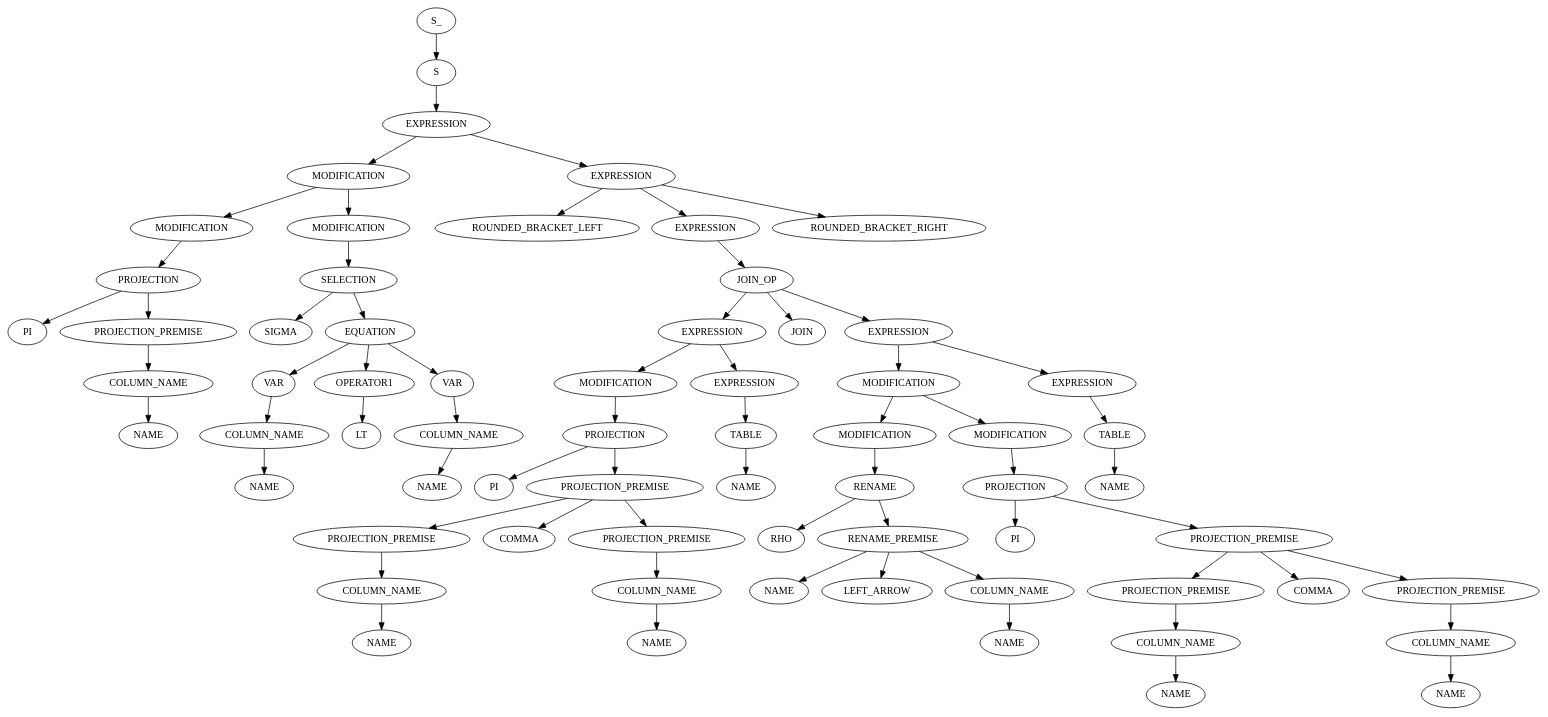
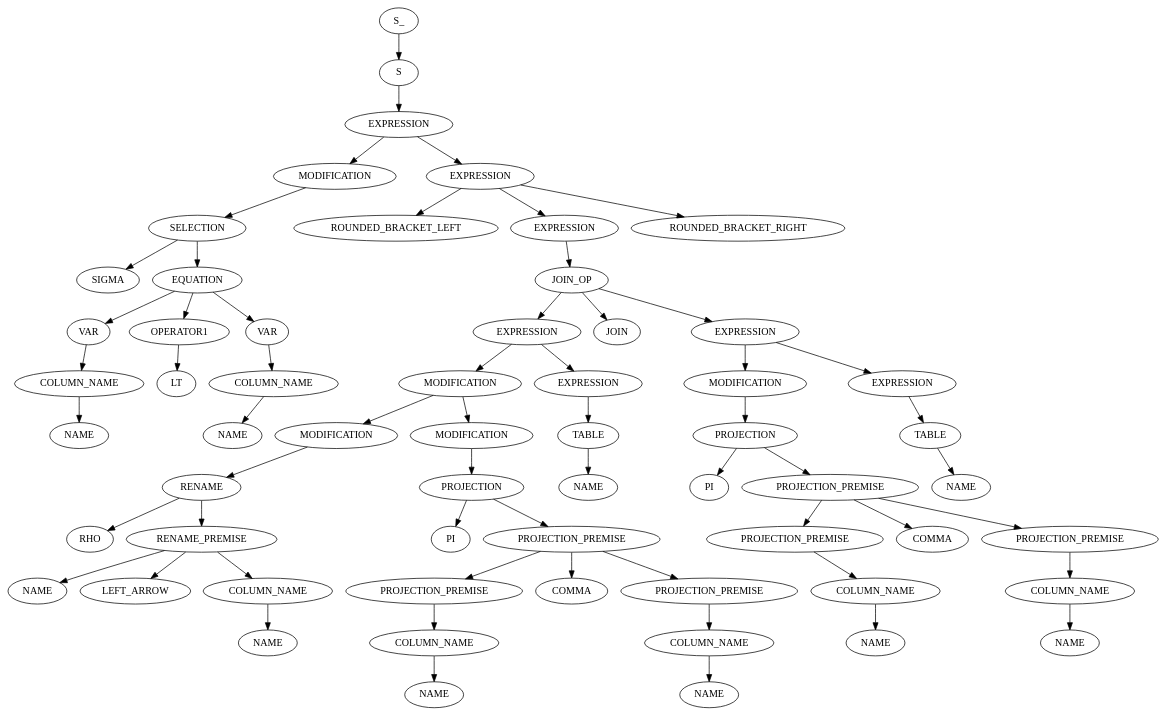
One commit to RobbeNooyens/RATSQL changed the diagram in output/out.dot. Above: the diagram before and after it, drawn with Graphviz. The commit also changed 31 other files, not shown here.

```diff
--- a/output/out.dot
+++ b/output/out.dot
@@ -1,135 +1,121 @@
 digraph ParseTree {
   0 [label="S_"];
   0 -> 1
   1 [label="S"];
   1 -> 2
   2 [label="EXPRESSION"];
   2 -> 3
   3 [label="MODIFICATION"];
   3 -> 4
-  4 [label="MODIFICATION"];
+  4 [label="SELECTION"];
   4 -> 5
-  5 [label="PROJECTION"];
-  5 -> 6
-  6 [label="PI"];
-  5 -> 7
-  7 [label="PROJECTION_PREMISE"];
+  5 [label="SIGMA"];
+  4 -> 6
+  6 [label="EQUATION"];
+  6 -> 7
+  7 [label="VAR"];
   7 -> 8
   8 [label="COLUMN_NAME"];
   8 -> 9
   9 [label="NAME"];
-  3 -> 10
-  10 [label="MODIFICATION"];
+  6 -> 10
+  10 [label="OPERATOR1"];
   10 -> 11
-  11 [label="SELECTION"];
-  11 -> 12
-  12 [label="SIGMA"];
-  11 -> 13
-  13 [label="EQUATION"];
+  11 [label="LT"];
+  6 -> 12
+  12 [label="VAR"];
+  12 -> 13
+  13 [label="COLUMN_NAME"];
   13 -> 14
-  14 [label="VAR"];
-  14 -> 15
-  15 [label="COLUMN_NAME"];
+  14 [label="NAME"];
+  2 -> 15
+  15 [label="EXPRESSION"];
   15 -> 16
-  16 [label="NAME"];
-  13 -> 17
-  17 [label="OPERATOR1"];
+  16 [label="ROUNDED_BRACKET_LEFT"];
+  15 -> 17
+  17 [label="EXPRESSION"];
   17 -> 18
-  18 [label="LT"];
-  13 -> 19
-  19 [label="VAR"];
+  18 [label="JOIN_OP"];
+  18 -> 19
+  19 [label="EXPRESSION"];
   19 -> 20
-  20 [label="COLUMN_NAME"];
+  20 [label="MODIFICATION"];
   20 -> 21
-  21 [label="NAME"];
-  2 -> 22
-  22 [label="EXPRESSION"];
+  21 [label="MODIFICATION"];
+  21 -> 22
+  22 [label="RENAME"];
   22 -> 23
-  23 [label="ROUNDED_BRACKET_LEFT"];
+  23 [label="RHO"];
   22 -> 24
-  24 [label="EXPRESSION"];
+  24 [label="RENAME_PREMISE"];
   24 -> 25
-  25 [label="JOIN_OP"];
-  25 -> 26
-  26 [label="EXPRESSION"];
-  26 -> 27
-  27 [label="MODIFICATION"];
+  25 [label="NAME"];
+  24 -> 26
+  26 [label="LEFT_ARROW"];
+  24 -> 27
+  27 [label="COLUMN_NAME"];
   27 -> 28
-  28 [label="PROJECTION"];
-  28 -> 29
-  29 [label="PI"];
-  28 -> 30
-  30 [label="PROJECTION_PREMISE"];
+  28 [label="NAME"];
+  20 -> 29
+  29 [label="MODIFICATION"];
+  29 -> 30
+  30 [label="PROJECTION"];
   30 -> 31
-  31 [label="PROJECTION_PREMISE"];
-  31 -> 32
-  32 [label="COLUMN_NAME"];
+  31 [label="PI"];
+  30 -> 32
+  32 [label="PROJECTION_PREMISE"];
   32 -> 33
-  33 [label="NAME"];
-  30 -> 34
-  34 [label="COMMA"];
-  30 -> 35
-  35 [label="PROJECTION_PREMISE"];
-  35 -> 36
-  36 [label="COLUMN_NAME"];
-  36 -> 37
-  37 [label="NAME"];
-  26 -> 38
-  38 [label="EXPRESSION"];
+  33 [label="PROJECTION_PREMISE"];
+  33 -> 34
+  34 [label="COLUMN_NAME"];
+  34 -> 35
+  35 [label="NAME"];
+  32 -> 36
+  36 [label="COMMA"];
+  32 -> 37
+  37 [label="PROJECTION_PREMISE"];
+  37 -> 38
+  38 [label="COLUMN_NAME"];
   38 -> 39
-  39 [label="TABLE"];
-  39 -> 40
-  40 [label="NAME"];
-  25 -> 41
-  41 [label="JOIN"];
-  25 -> 42
-  42 [label="EXPRESSION"];
-  42 -> 43
-  43 [label="MODIFICATION"];
-  43 -> 44
-  44 [label="MODIFICATION"];
+  39 [label="NAME"];
+  19 -> 40
+  40 [label="EXPRESSION"];
+  40 -> 41
+  41 [label="TABLE"];
+  41 -> 42
+  42 [label="NAME"];
+  18 -> 43
+  43 [label="JOIN"];
+  18 -> 44
+  44 [label="EXPRESSION"];
   44 -> 45
-  45 [label="RENAME"];
+  45 [label="MODIFICATION"];
   45 -> 46
-  46 [label="RHO"];
-  45 -> 47
-  47 [label="RENAME_PREMISE"];
-  47 -> 48
-  48 [label="NAME"];
-  47 -> 49
-  49 [label="LEFT_ARROW"];
-  47 -> 50
+  46 [label="PROJECTION"];
+  46 -> 47
+  47 [label="PI"];
+  46 -> 48
+  48 [label="PROJECTION_PREMISE"];
+  48 -> 49
+  49 [label="PROJECTION_PREMISE"];
+  49 -> 50
   50 [label="COLUMN_NAME"];
   50 -> 51
   51 [label="NAME"];
-  43 -> 52
-  52 [label="MODIFICATION"];
-  52 -> 53
-  53 [label="PROJECTION"];
+  48 -> 52
+  52 [label="COMMA"];
+  48 -> 53
+  53 [label="PROJECTION_PREMISE"];
   53 -> 54
-  54 [label="PI"];
-  53 -> 55
-  55 [label="PROJECTION_PREMISE"];
-  55 -> 56
-  56 [label="PROJECTION_PREMISE"];
+  54 [label="COLUMN_NAME"];
+  54 -> 55
+  55 [label="NAME"];
+  44 -> 56
+  56 [label="EXPRESSION"];
   56 -> 57
-  57 [label="COLUMN_NAME"];
+  57 [label="TABLE"];
   57 -> 58
   58 [label="NAME"];
-  55 -> 59
-  59 [label="COMMA"];
-  55 -> 60
-  60 [label="PROJECTION_PREMISE"];
-  60 -> 61
-  61 [label="COLUMN_NAME"];
-  61 -> 62
-  62 [label="NAME"];
-  42 -> 63
-  63 [label="EXPRESSION"];
-  63 -> 64
-  64 [label="TABLE"];
-  64 -> 65
-  65 [label="NAME"];
-  22 -> 66
-  66 [label="ROUNDED_BRACKET_RIGHT"];
+  15 -> 59
+  59 [label="ROUNDED_BRACKET_RIGHT"];
 }
```
